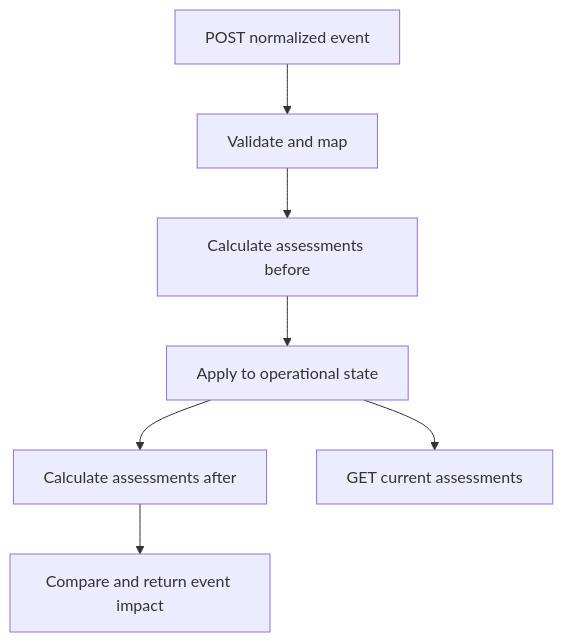
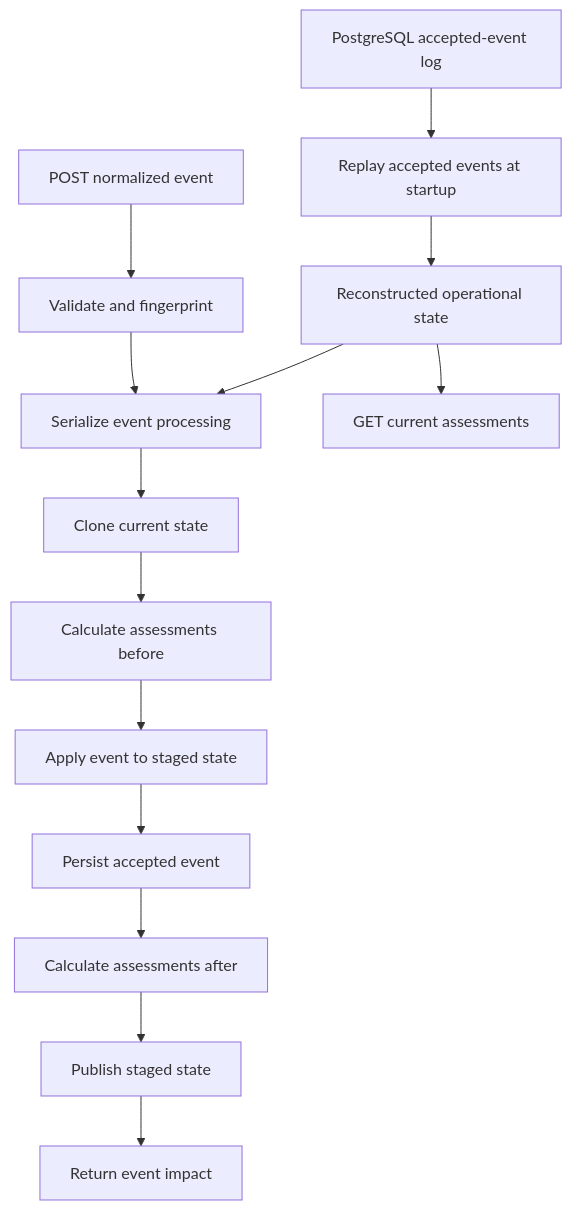
The second of 2 diagrams in README.md (jackcritzer/operations-intelligence), drawn with Mermaid before and after one commit. The commit also changed other lines of this file and 5 other files, not shown here.

Commit message:
Update README and documentation for durable operational state and event processing improvements

````diff
--- a/README.md
+++ b/README.md
@@ -82,9 +82,17 @@
 ```mermaid
 flowchart TD
-    A["POST normalized event"] --> B["Validate and map"]
-    B --> C["Calculate assessments before"]
-    C --> D["Apply to operational state"]
-    D --> E["Calculate assessments after"]
-    E --> F["Compare and return event impact"]
-    D --> G["GET current assessments"]
+    A["POST normalized event"] --> B["Validate and fingerprint"]
+    B --> C["Serialize event processing"]
+    C --> D["Clone current state"]
+    D --> E["Calculate assessments before"]
+    E --> F["Apply event to staged state"]
+    F --> G["Persist accepted event"]
+    G --> H["Calculate assessments after"]
+    H --> I["Publish staged state"]
+    I --> J["Return event impact"]
+
+    K["PostgreSQL accepted-event log"] --> L["Replay accepted events at startup"]
+    L --> M["Reconstructed operational state"]
+    M --> C
+    M --> N["GET current assessments"]
 ```
````
